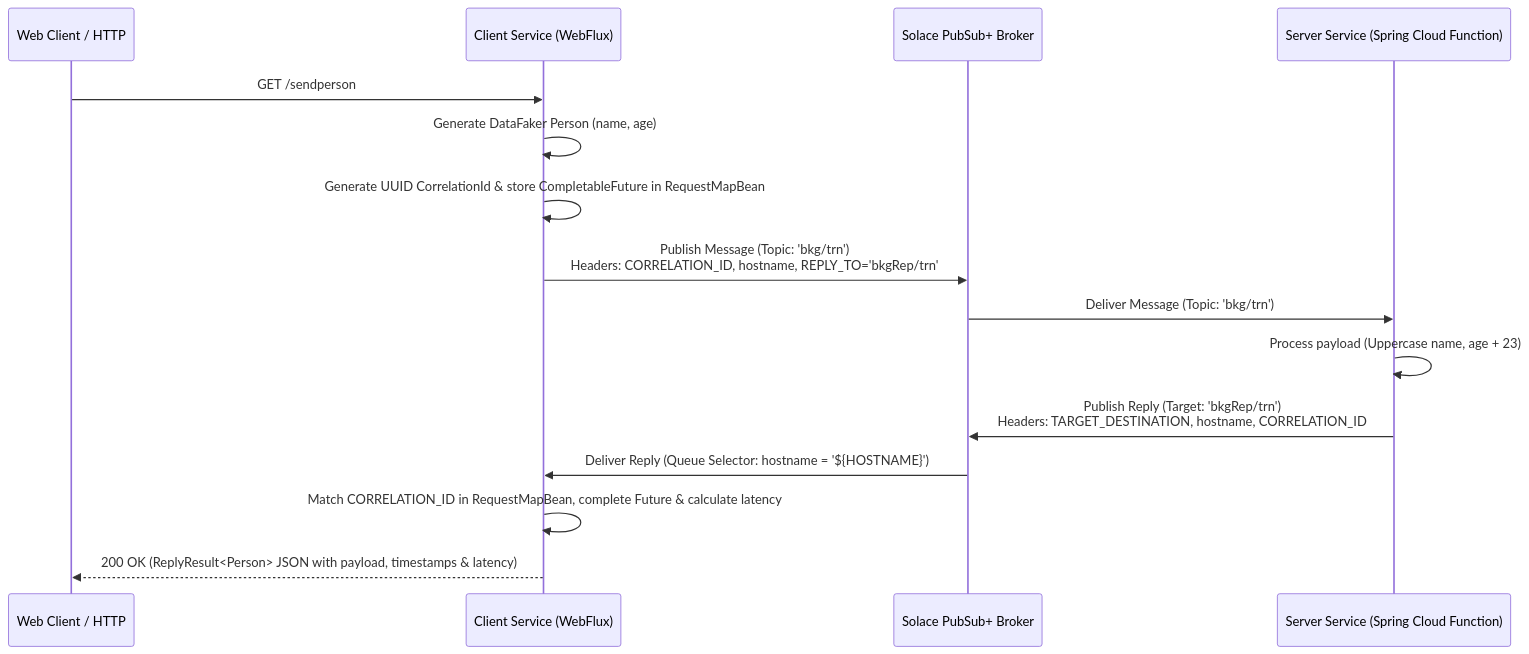
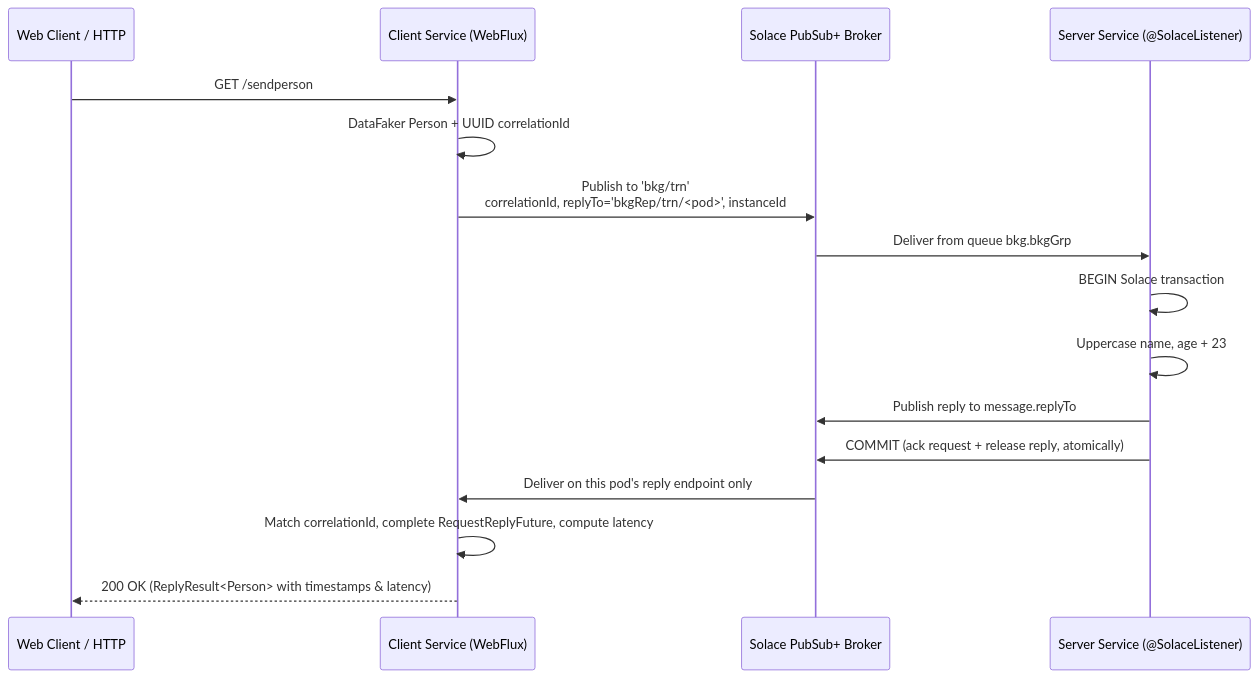
One commit to anupambasak/solace-request-reply changed the diagram in README.md. Above: the diagram before and after it, drawn with Mermaid. The commit also changed other lines of this file and 64 other files, not shown here.

````diff
--- a/README.md
+++ b/README.md
@@ -11,18 +17,19 @@
 ```mermaid
 sequenceDiagram
     participant Web as Web Client / HTTP
     participant Client as Client Service (WebFlux)
     participant Solace as Solace PubSub+ Broker
-    participant Server as Server Service (Spring Cloud Function)
+    participant Server as Server Service (@SolaceListener)
 
     Web->>Client: GET /sendperson
-    Client->>Client: Generate DataFaker Person (name, age)
-    Client->>Client: Generate UUID CorrelationId & store CompletableFuture in RequestMapBean
-    Client->>Solace: Publish Message (Topic: 'bkg/trn')<br/>Headers: CORRELATION_ID, hostname, REPLY_TO='bkgRep/trn'
-    Solace->>Server: Deliver Message (Topic: 'bkg/trn')
-    Server->>Server: Process payload (Uppercase name, age + 23)
-    Server->>Solace: Publish Reply (Target: 'bkgRep/trn')<br/>Headers: TARGET_DESTINATION, hostname, CORRELATION_ID
-    Solace->>Client: Deliver Reply (Queue Selector: hostname = '${HOSTNAME}')
-    Client->>Client: Match CORRELATION_ID in RequestMapBean, complete Future & calculate latency
-    Client-->>Web: 200 OK (ReplyResult<Person> JSON with payload, timestamps & latency)
+    Client->>Client: DataFaker Person + UUID correlationId
+    Client->>Solace: Publish to 'bkg/trn'<br/>correlationId, replyTo='bkgRep/trn/<pod>', instanceId
+    Solace->>Server: Deliver from queue bkg.bkgGrp
+    Server->>Server: BEGIN Solace transaction
+    Server->>Server: Uppercase name, age + 23
+    Server->>Solace: Publish reply to message.replyTo
+    Server->>Solace: COMMIT (ack request + release reply, atomically)
+    Solace->>Client: Deliver on this pod's reply endpoint only
+    Client->>Client: Match correlationId, complete RequestReplyFuture, compute latency
+    Client-->>Web: 200 OK (ReplyResult<Person> with timestamps & latency)
 ```
````
